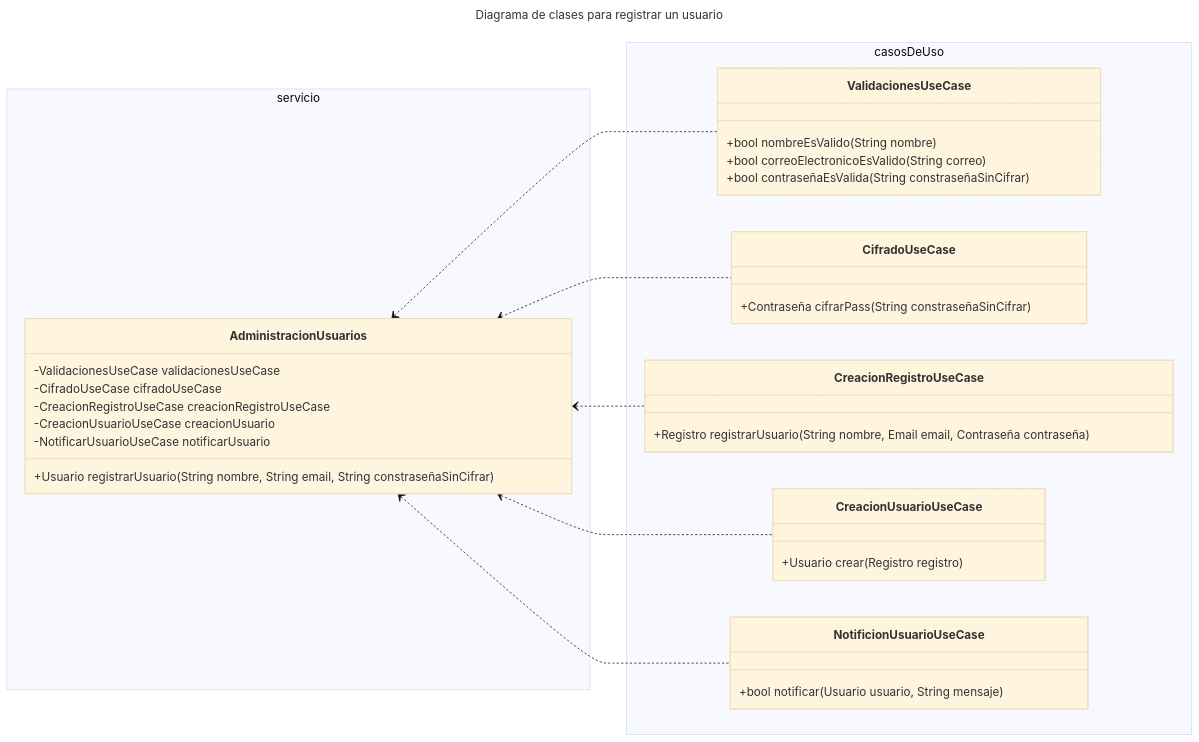
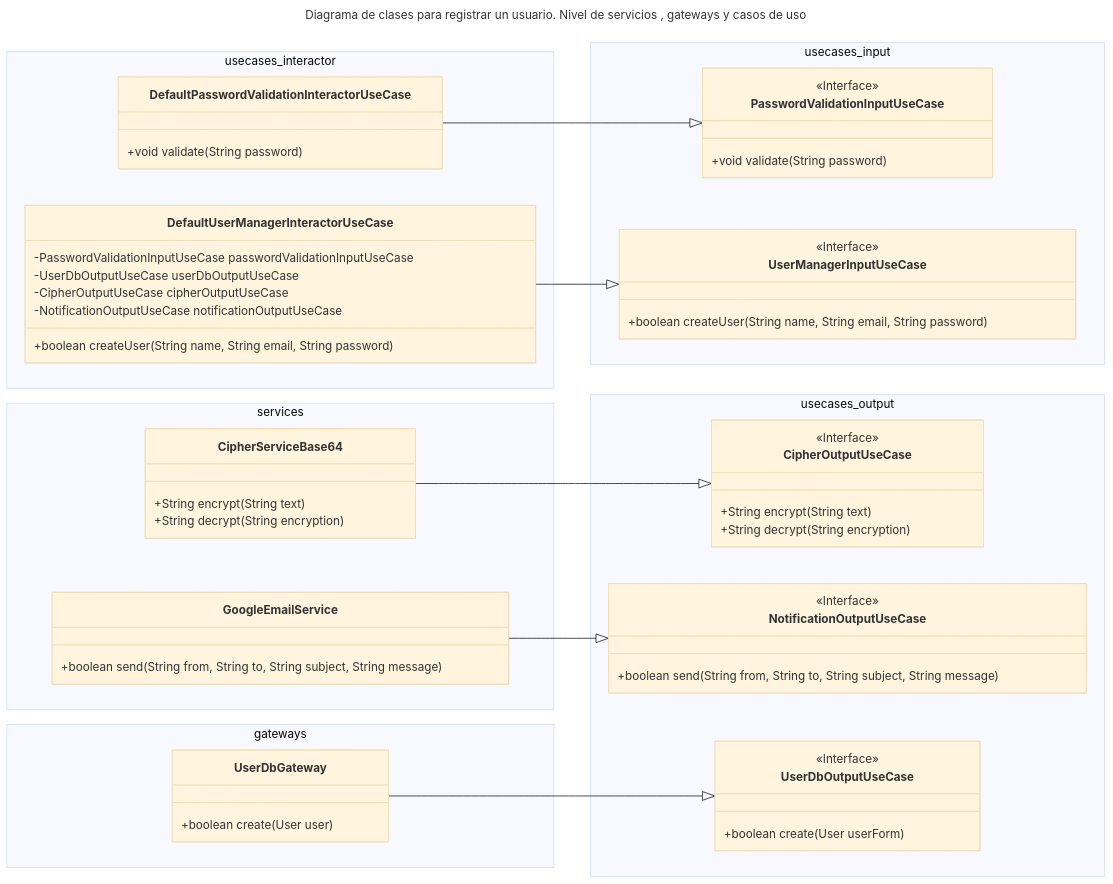
One commit to urrestarazu-alejandro/memo-backend changed the second of 3 diagrams in pages/draft/post-draft.md. Above: the diagram before and after it, drawn with Mermaid (base theme). The commit also changed other lines of this file and 13 other files, not shown here.

First line of the commit message:
imagen: agrego imagen de tuberias para el post de casos de uso

````diff
--- a/pages/draft/post-draft.md
+++ b/pages/draft/post-draft.md
@@ -137,49 +144,75 @@
 ```mermaid
 ---
-title: Diagrama de clases para registrar un usuario
+title: Diagrama de clases para registrar un usuario. Nivel de servicios , gateways y casos de uso
 ---
 classDiagram
     direction LR
 
-AdministracionUsuarios <.. ValidacionesUseCase
-AdministracionUsuarios <.. CifradoUseCase
-AdministracionUsuarios <.. CreacionRegistroUseCase
-AdministracionUsuarios <.. CreacionUsuarioUseCase
-AdministracionUsuarios <.. NotificionUsuarioUseCase 
+    CipherServiceBase64 --|> CipherOutputUseCase
+    GoogleEmailService --|> NotificationOutputUseCase
 
-namespace servicio {
-    class AdministracionUsuarios {
-        -ValidacionesUseCase validacionesUseCase
-        -CifradoUseCase cifradoUseCase
-        -CreacionRegistroUseCase creacionRegistroUseCase
-        -CreacionUsuarioUseCase creacionUsuario
-        -NotificarUsuarioUseCase notificarUsuario
+    namespace services {
+        class CipherServiceBase64{
+            +String encrypt(String text)
+            +String decrypt(String encryption)
+        }
 
-        +Usuario registrarUsuario(String nombre, String email, String constraseñaSinCifrar)
-    }
-}
-
-namespace casosDeUso {
-    class ValidacionesUseCase {
-        +bool nombreEsValido(String nombre)
-        +bool correoElectronicoEsValido(String correo)
-        +bool contraseñaEsValida(String constraseñaSinCifrar)
+        class GoogleEmailService{
+            +boolean send(String from, String to, String subject, String message)
+        }
     }
 
-    class CifradoUseCase{
-        +Contraseña cifrarPass(String constraseñaSinCifrar)
+    UserDbGateway --|> UserDbOutputUseCase
+    namespace gateways{
+        class UserDbGateway{
+            +boolean create(User user)
+        }
+    }
+    namespace usecases_input {
+        class PasswordValidationInputUseCase {
+            <<Interface>>
+            +void validate(String password)
+        }
+
+        class UserManagerInputUseCase {
+            <<Interface>>
+            +boolean createUser(String name, String email, String password)
+        }
     }
 
-    class CreacionRegistroUseCase {
-        +Registro registrarUsuario(String nombre, Email email, Contraseña contraseña)
+    DefaultPasswordValidationInteractorUseCase --|> PasswordValidationInputUseCase
+    DefaultUserManagerInteractorUseCase --|> UserManagerInputUseCase
+
+    namespace usecases_interactor {
+        class DefaultPasswordValidationInteractorUseCase{
+            +void validate(String password)
+        }
+
+        class DefaultUserManagerInteractorUseCase{
+            -PasswordValidationInputUseCase passwordValidationInputUseCase
+            -UserDbOutputUseCase userDbOutputUseCase
+            -CipherOutputUseCase cipherOutputUseCase
+            -NotificationOutputUseCase notificationOutputUseCase
+
+            +boolean createUser(String name, String email, String password)
+        }
     }
 
-    class CreacionUsuarioUseCase {
-        +Usuario crear(Registro registro)
+    namespace usecases_output {
+        class CipherOutputUseCase{
+            <<Interface>>
+            +String encrypt(String text)
+            +String decrypt(String encryption)
+        }
+
+        class NotificationOutputUseCase{
+            <<Interface>>
+            +boolean send(String from, String to, String subject, String message)
+        }
+
+        class UserDbOutputUseCase{
+            <<Interface>>
+            +boolean create(User userForm)
+        }
     }
-
-    class NotificionUsuarioUseCase {
-        +bool notificar(Usuario usuario, String mensaje)
-    }
-}
 ```
````
